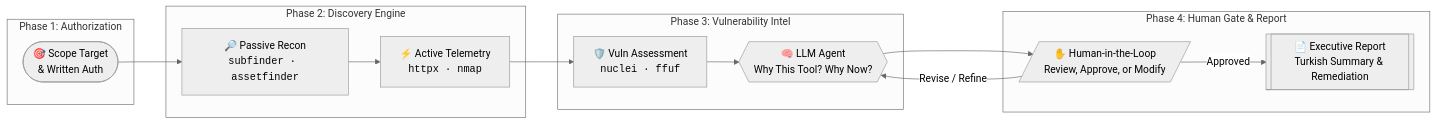
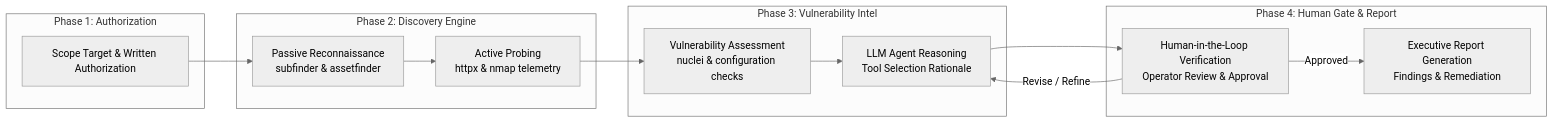
The first of 2 diagrams in README.md (SuleymanToklu/SuleymanToklu), drawn with Mermaid before and after one commit. The commit also changed other lines of this file, not shown here.

Commit message:
docs: modernize profile readme, focus on engineering architecture, strip emoji artifacts

````diff
--- a/README.md
+++ b/README.md
@@ -159,30 +132,30 @@
 ```mermaid
 %%{init: {'theme': 'neutral', 'themeVariables': {'fontFamily': 'ui-monospace, SFMono-Regular, Menlo, Monaco, Consolas, monospace'}}}%%
 flowchart LR
-    subgraph S1 ["Phase 1: Authorization"]
-      A(["🎯 Scope Target<br/>& Written Auth"])
+    subgraph S1 [Phase 1: Authorization]
+      A[Scope Target & Written Authorization]
     end
 
-    subgraph S2 ["Phase 2: Discovery Engine"]
-      B["🔎 Passive Recon<br/><code>subfinder · assetfinder</code>"]
-      C["⚡ Active Telemetry<br/><code>httpx · nmap</code>"]
+    subgraph S2 [Phase 2: Discovery Engine]
+      B[Passive Reconnaissance<br/>subfinder & assetfinder]
+      C[Active Probing<br/>httpx & nmap telemetry]
     end
 
-    subgraph S3 ["Phase 3: Vulnerability Intel"]
-      D["🛡️ Vuln Assessment<br/><code>nuclei · ffuf</code>"]
-      P{{"🧠 LLM Agent<br/>Why This Tool? Why Now?"}}
+    subgraph S3 [Phase 3: Vulnerability Intel]
+      D[Vulnerability Assessment<br/>nuclei & configuration checks]
+      P[LLM Agent Reasoning<br/>Tool Selection Rationale]
     end
 
-    subgraph S4 ["Phase 4: Human Gate & Report"]
-      H[/"✋ Human-in-the-Loop<br/>Review, Approve, or Modify"/]
-      R[["📄 Executive Report<br/>Turkish Summary & Remediation"]]
+    subgraph S4 [Phase 4: Human Gate & Report]
+      H[Human-in-the-Loop Verification<br/>Operator Review & Approval]
+      R[Executive Report Generation<br/>Findings & Remediation]
     end
 
     A --> B
     B --> C
     C --> D
     D --> P
     P --> H
     H -->|Approved| R
     H -->|Revise / Refine| P
 ```
````
